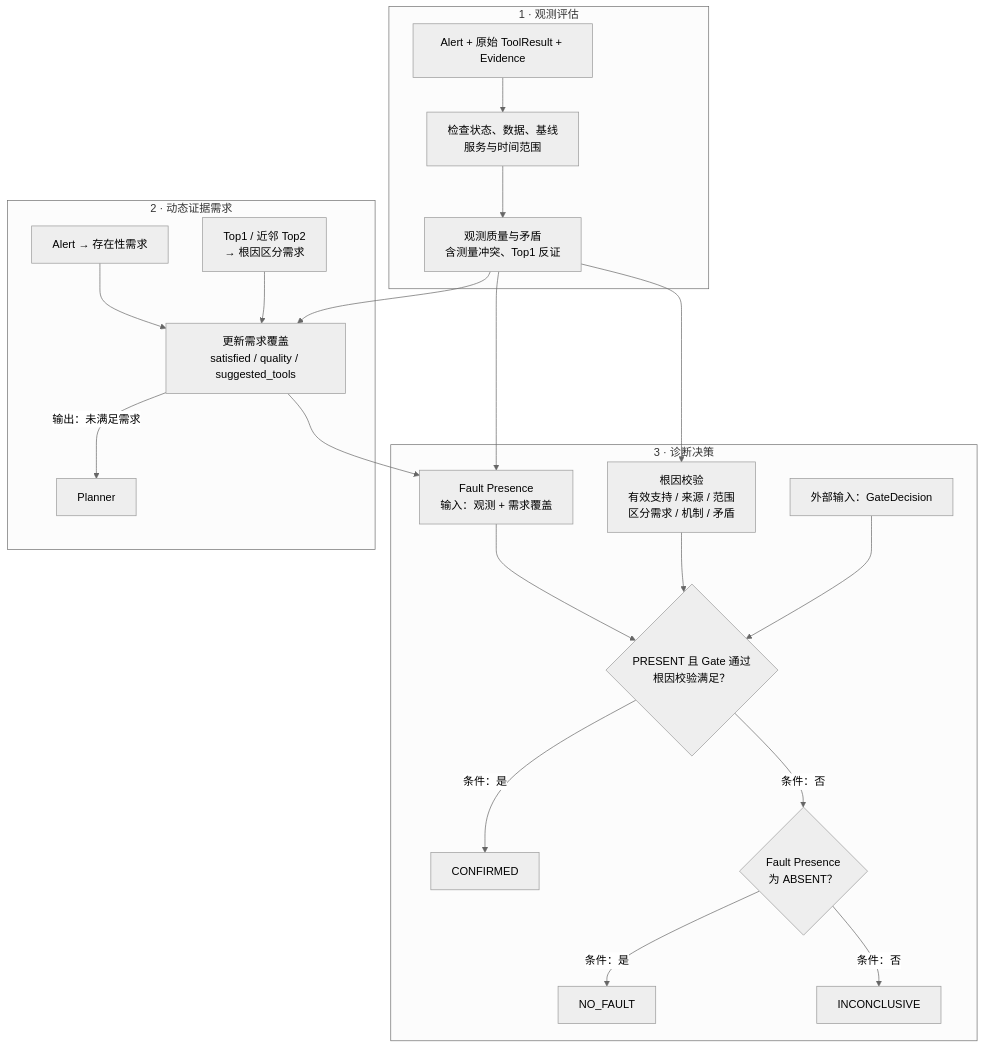
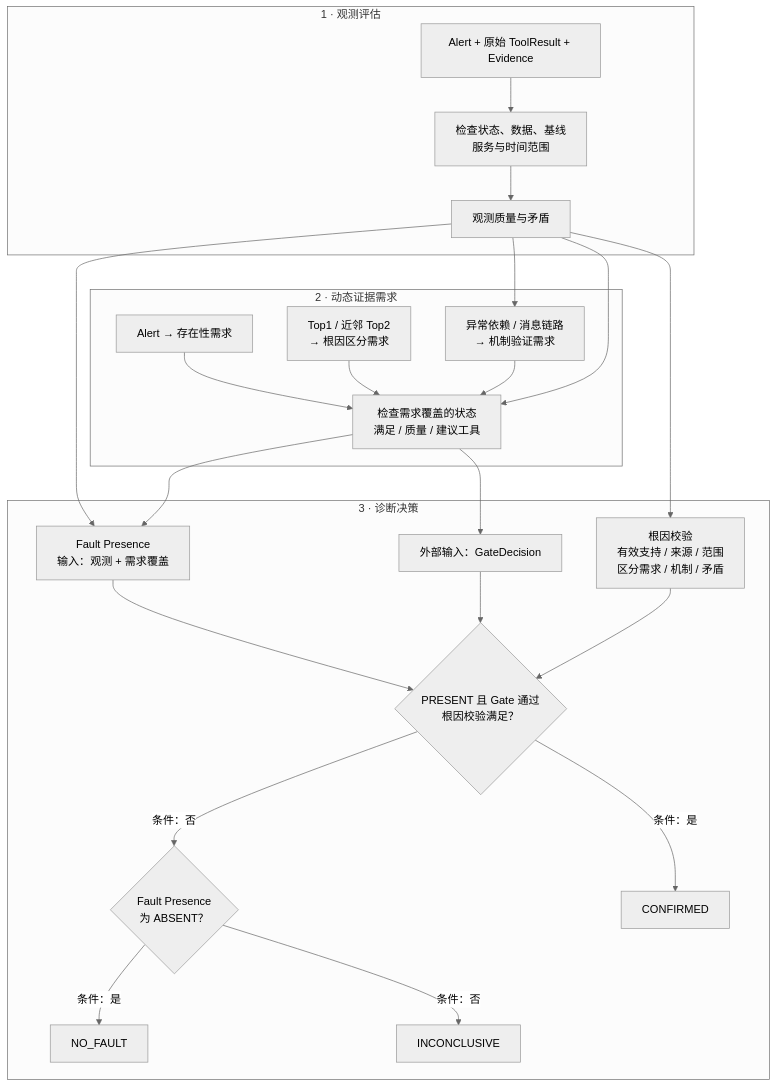
Before and after one commit to 1hao1hao/OpsPilot: the second of 2 diagrams in README.md, drawn with Mermaid (neutral theme). The commit also changed other lines of this file and 16 other files, not shown here.

````diff
--- a/README.md
+++ b/README.md
@@ -36,33 +37,35 @@
 ```mermaid
 flowchart TD
     subgraph OBS["1 · 观测评估"]
         I0["Alert + 原始 ToolResult + Evidence"] --> Q["检查状态、数据、基线<br/>服务与时间范围"]
-        Q --> O["观测质量与矛盾<br/>含测量冲突、Top1 反证"]
+        Q --> O["观测质量与矛盾"]
     end
 
     subgraph REQ["2 · 动态证据需求"]
-        A["Alert → 存在性需求"] --> U["更新需求覆盖<br/>satisfied / quality / suggested_tools"]
+        A["Alert → 存在性需求"] --> U["检查需求覆盖的状态<br/>满足 / 质量 / 建议工具"]
         R["Top1 / 近邻 Top2<br/>→ 根因区分需求"] --> U
-        U -->|输出：未满足需求| P["Planner"]
+        H["异常依赖 / 消息链路<br/>→ 机制验证需求"] --> U
     end
 
     subgraph DEC["3 · 诊断决策"]
         FP["Fault Presence<br/>输入：观测 + 需求覆盖"]
         C["根因校验<br/>有效支持 / 来源 / 范围<br/>区分需求 / 机制 / 矛盾"]
         G["外部输入：GateDecision"]
         K{"PRESENT 且 Gate 通过<br/>根因校验满足？"}
         B{"Fault Presence<br/>为 ABSENT？"}
         FP --> K
         G --> K
         C --> K
         K -->|条件：是| F["CONFIRMED"]
         K -->|条件：否| B
         B -->|条件：是| N["NO_FAULT"]
         B -->|条件：否| I["INCONCLUSIVE"]
     end
 
     O --> U
+    O --> H
     O --> FP
     U --> FP
+    U --> G
     O --> C
 ```
````
